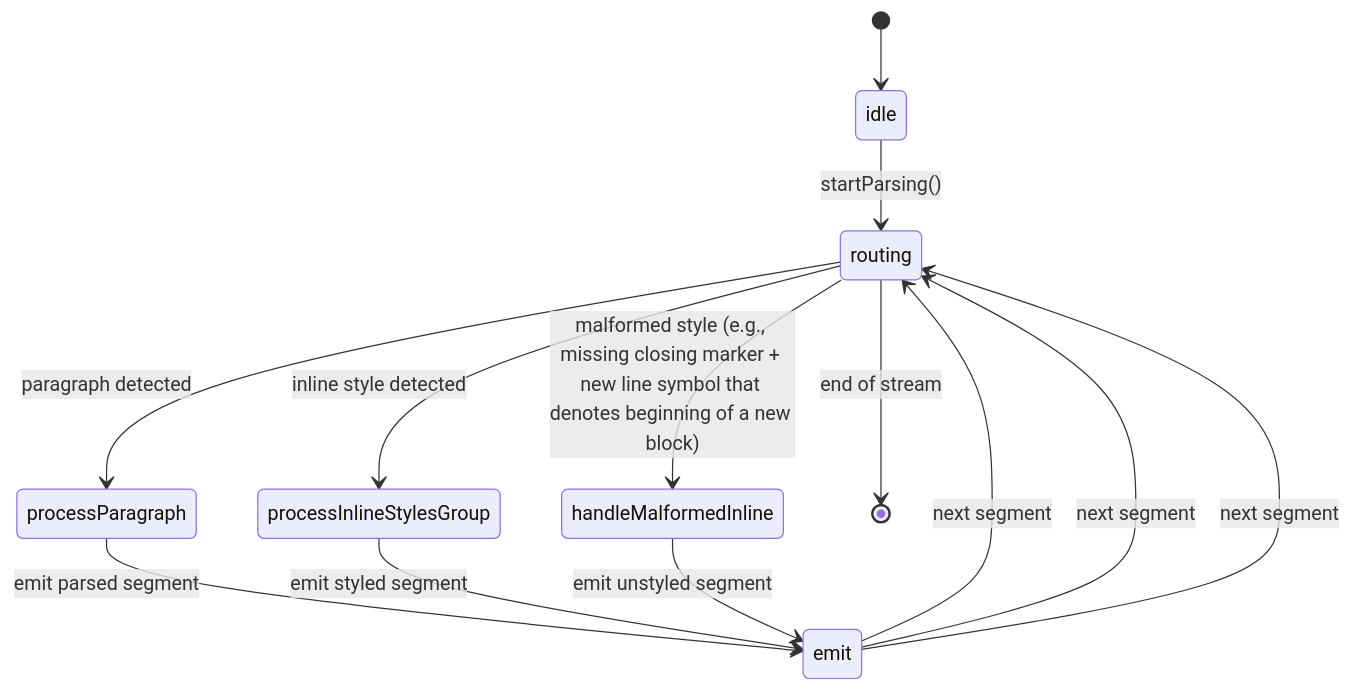
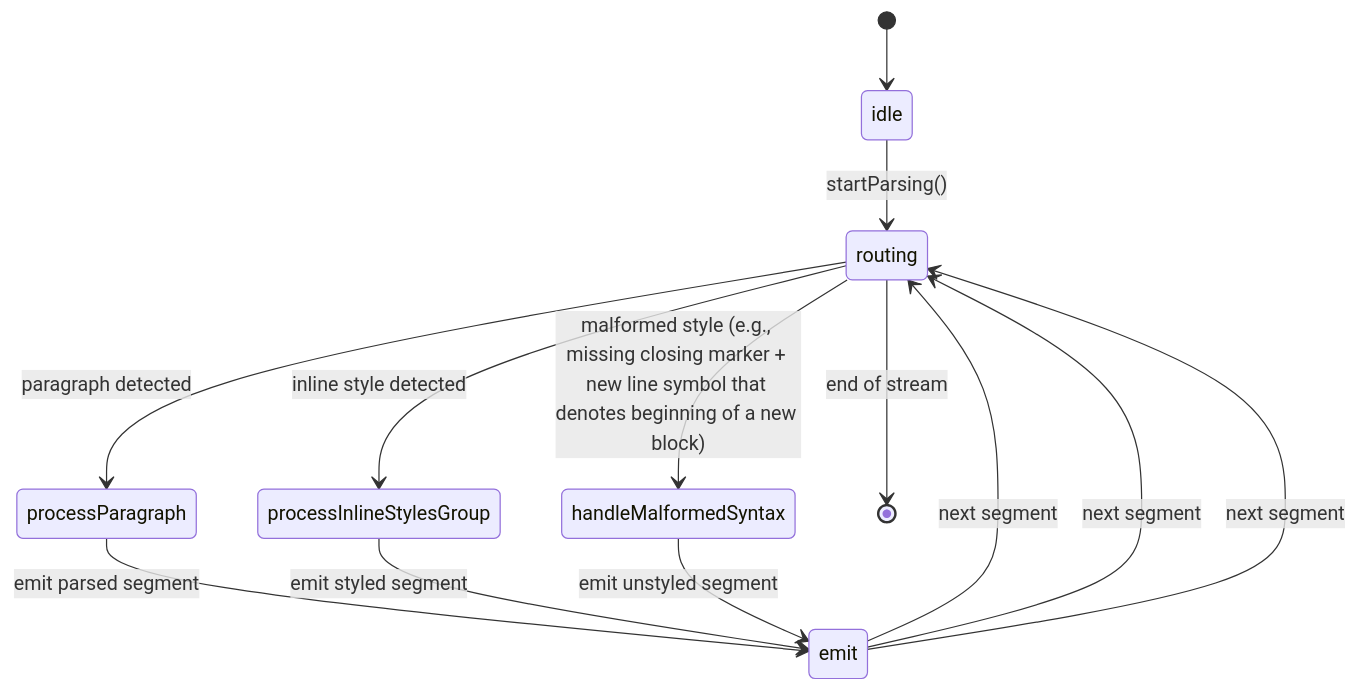
The second of 4 diagrams in README.md (fructusmortus/markdown-stream-parser), drawn with Mermaid before and after one commit.

````diff
--- a/README.md
+++ b/README.md
@@ -269,24 +269,24 @@
 ```mermaid
 stateDiagram-v2
     [*] --> idle
     idle --> routing: startParsing()
     routing --> processParagraph: paragraph detected
     processParagraph --> emit: emit parsed segment
     emit --> routing: next segment
 
     routing --> processInlineStylesGroup: inline style detected
     processInlineStylesGroup --> emit: emit styled segment
     emit --> routing: next segment
 
-    routing --> handleMalformedInline: malformed style (e.g., missing closing marker + new line symbol that denotes beginning of a new block)
-    handleMalformedInline --> emit: emit unstyled segment
+    routing --> handleMalformedSyntax: malformed style (e.g., missing closing marker + new line symbol that denotes beginning of a new block)
+    handleMalformedSyntax --> emit: emit unstyled segment
     emit --> routing: next segment
 
     routing --> [*]: end of stream
 
     %% Notes:
     %% - "emit" represents emitting a parsed segment to subscribers.
     %% - The state machine loops through routing and processing states for each segment.
     %% - If an inline style is opened but not closed before a new line, the unstyled content is flushed via emit and the state machine returns to routing.
     %% - Only paragraph and inline style states are shown for simplicity.
 ```
````
